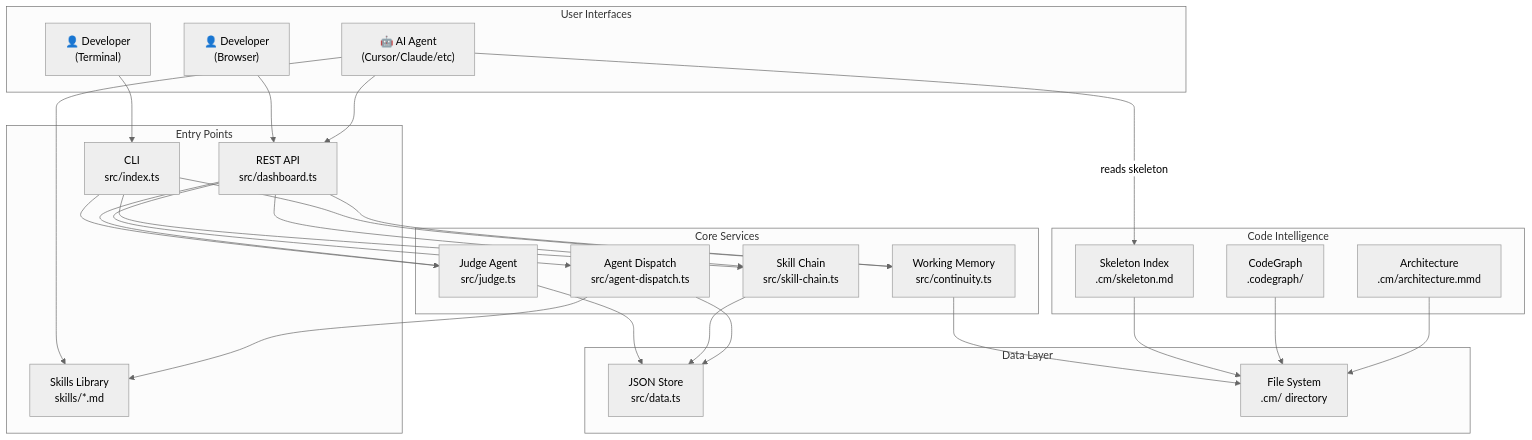
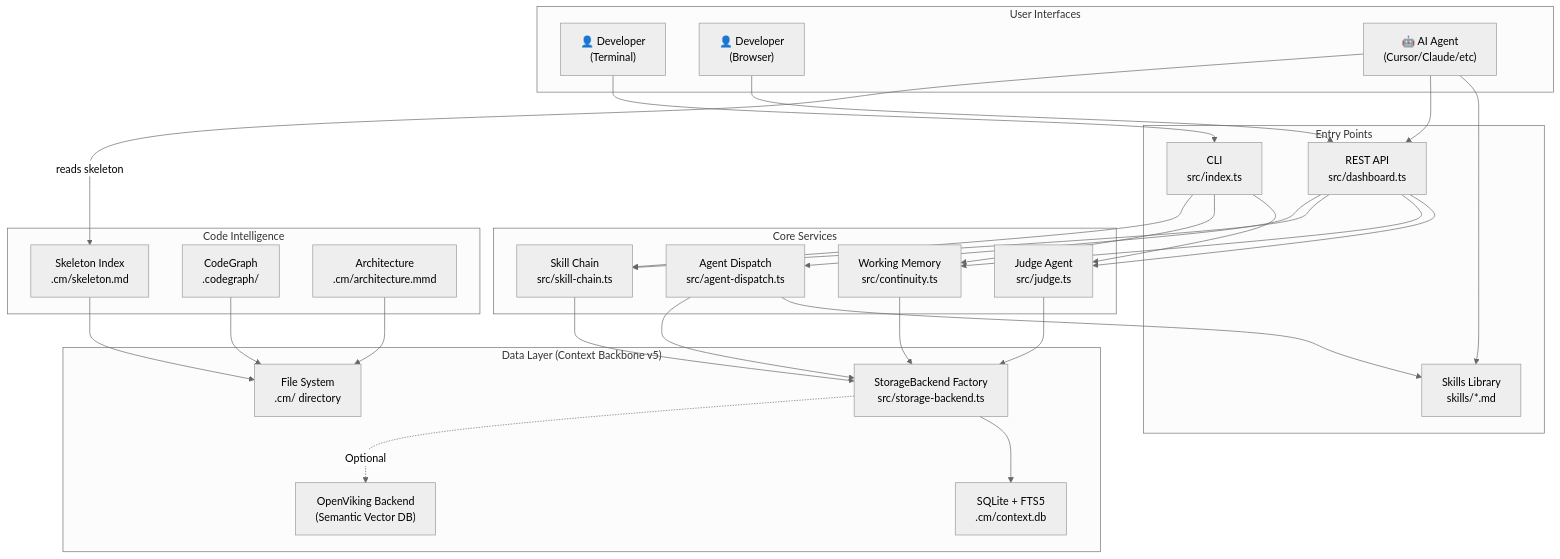
One commit to tody-agent/codymaster-site changed the diagram in docs/architecture.md. Above: the diagram before and after it, drawn with Mermaid (neutral theme). The commit also changed other lines of this file and 5 other files, not shown here.

Commit message:
docs: upgrade to v4.7.0 Context Backbone and OpenViking architecture

````diff
--- a/docs/architecture.md
+++ b/docs/architecture.md
@@ -19,56 +19,60 @@
 ```mermaid
 graph TB
     subgraph "User Interfaces"
         CLI_USER["👤 Developer<br/>(Terminal)"]
         DASH_USER["👤 Developer<br/>(Browser)"]
         AI_AGENT["🤖 AI Agent<br/>(Cursor/Claude/etc)"]
     end
 
     subgraph "Entry Points"
         CLI["CLI<br/>src/index.ts"]
         API["REST API<br/>src/dashboard.ts"]
         SKILLS_DIR["Skills Library<br/>skills/*.md"]
     end
 
     subgraph "Core Services"
         JUDGE["Judge Agent<br/>src/judge.ts"]
         CONT["Working Memory<br/>src/continuity.ts"]
         CHAIN["Skill Chain<br/>src/skill-chain.ts"]
         DISPATCH["Agent Dispatch<br/>src/agent-dispatch.ts"]
     end
 
     subgraph "Code Intelligence"
         SKELETON["Skeleton Index<br/>.cm/skeleton.md"]
         CODEGRAPH["CodeGraph<br/>.codegraph/"]
         ARCH_DIAG["Architecture<br/>.cm/architecture.mmd"]
     end
 
-    subgraph "Data Layer"
-        STORE["JSON Store<br/>src/data.ts"]
+    subgraph "Data Layer (Context Backbone v5)"
+        STORE["StorageBackend Factory<br/>src/storage-backend.ts"]
+        SQLITE["SQLite + FTS5<br/>.cm/context.db"]
+        VIKING["OpenViking Backend<br/>(Semantic Vector DB)"]
         FILE_SYS["File System<br/>.cm/ directory"]
     end
 
     CLI_USER --> CLI
     DASH_USER --> API
     AI_AGENT --> SKILLS_DIR
     AI_AGENT --> API
 
     CLI --> JUDGE
     CLI --> CONT
     CLI --> CHAIN
     API --> JUDGE
     API --> CONT
     API --> CHAIN
     API --> DISPATCH
 
     JUDGE --> STORE
-    CONT --> FILE_SYS
+    CONT --> STORE
     CHAIN --> STORE
+    STORE --> SQLITE
+    STORE -.->|"Optional"| VIKING
     DISPATCH --> SKILLS_DIR
     DISPATCH --> STORE
 
     SKELETON --> FILE_SYS
     CODEGRAPH --> FILE_SYS
     ARCH_DIAG --> FILE_SYS
     AI_AGENT -->|"reads skeleton"| SKELETON
 ```
````
